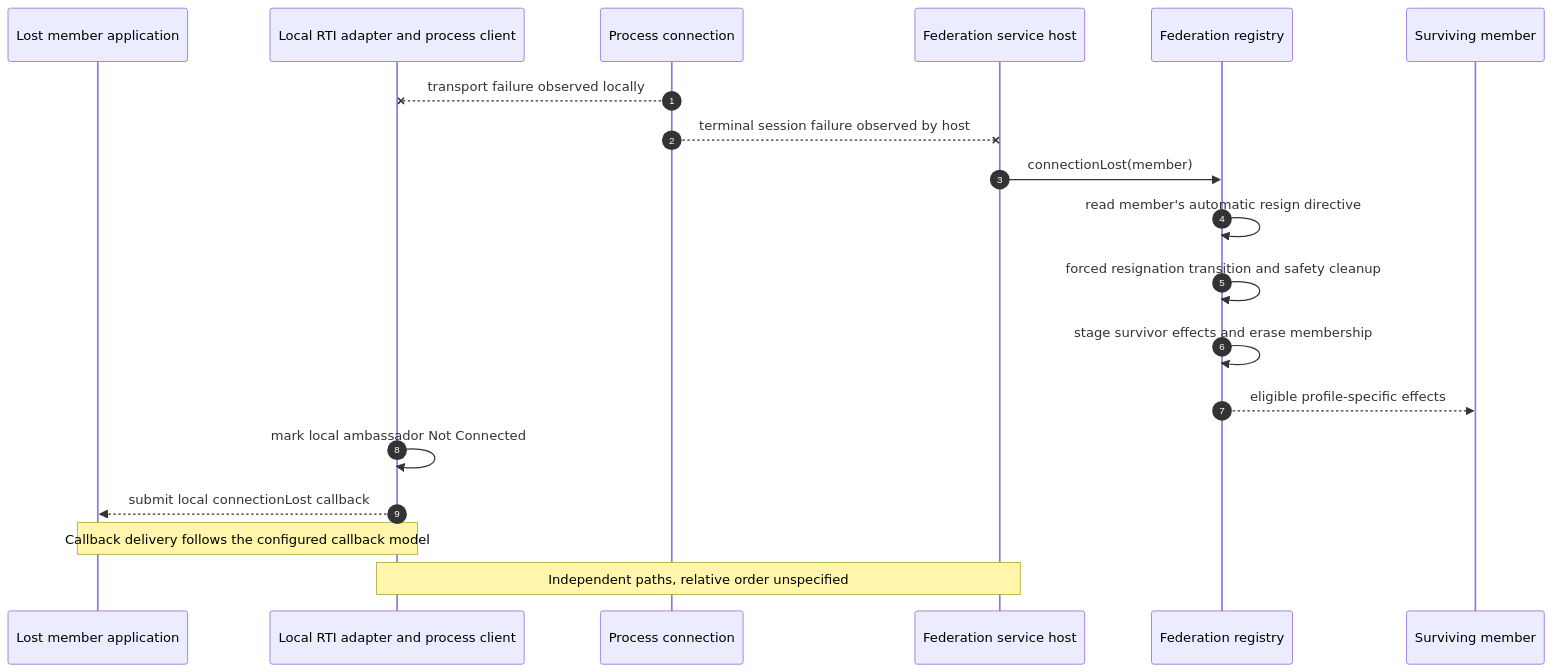
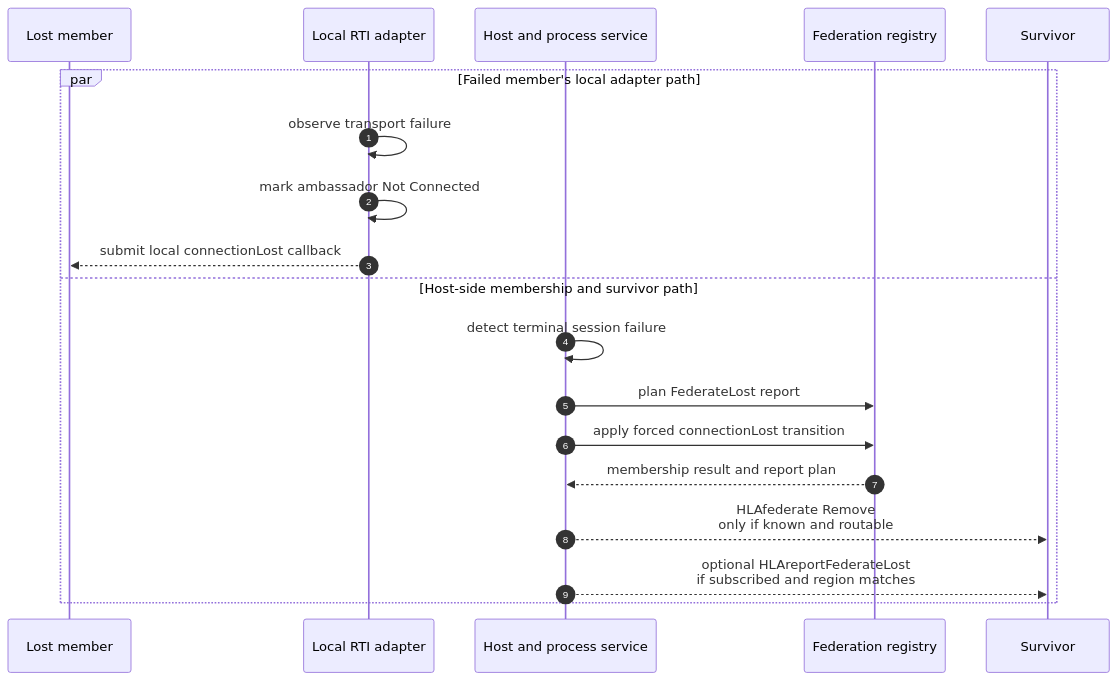
Before and after one commit to sheepfling/umbra: diagram 25 of 32 in docs/design/HLA-2025-FEDERATION-AND-FEDERATE-LIFECYCLE-FLOW-GUIDE.md, drawn with Mermaid. The commit also changed other lines of this file and 36 other files, not shown here.

````diff
--- a/docs/design/HLA-2025-FEDERATION-AND-FEDERATE-LIFECYCLE-FLOW-GUIDE.md
+++ b/docs/design/HLA-2025-FEDERATION-AND-FEDERATE-LIFECYCLE-FLOW-GUIDE.md
@@ -1666,22 +1675,24 @@
 ```mermaid
 sequenceDiagram
+  accTitle: 2025 process ConnectionLost has independent local and host paths
+  accDescr: The failed member's adapter marks it Not Connected and submits its local connectionLost callback. Separately, the host removes membership, plans HLAfederate object removals for known survivors with usable routes, and may route HLAreportFederateLost to subscribed survivors whose endpoint region matches. These paths have different audiences; source submission order is not a public callback-order guarantee.
   autonumber
-  participant Lost as Lost member application
-  participant Client as Local RTI adapter and process client
-  participant Socket as Process connection
-  participant Host as Federation service host
+  participant Lost as Lost member
+  participant Client as Local RTI adapter
+  participant Host as Host and process service
   participant Registry as Federation registry
-  participant Peer as Surviving member
+  participant Peer as Survivor
 
-  Socket--xClient: transport failure observed locally
-  Socket--xHost: terminal session failure observed by host
-  Host->>Registry: connectionLost(member)
-  Registry->>Registry: read member's automatic resign directive
-  Registry->>Registry: forced resignation transition and safety cleanup
-  Registry->>Registry: stage survivor effects and erase membership
-  Registry-->>Peer: eligible profile-specific effects
-  Client->>Client: mark local ambassador Not Connected
-  Client-->>Lost: submit local connectionLost callback
-  Note over Client,Lost: Callback delivery follows the configured callback model
-  Note over Host,Client: Independent paths, relative order unspecified
+  par Failed member's local adapter path
+    Client->>Client: observe transport failure
+    Client->>Client: mark ambassador Not Connected
+    Client-->>Lost: submit local connectionLost callback
+  and Host-side membership and survivor path
+    Host->>Host: detect terminal session failure
+    Host->>Registry: plan FederateLost report
+    Host->>Registry: apply forced connectionLost transition
+    Registry-->>Host: membership result and report plan
+    Host-->>Peer: HLAfederate Remove<br/>only if known and routable
+    Host-->>Peer: optional HLAreportFederateLost<br/>if subscribed and region matches
+  end
 ```
````
